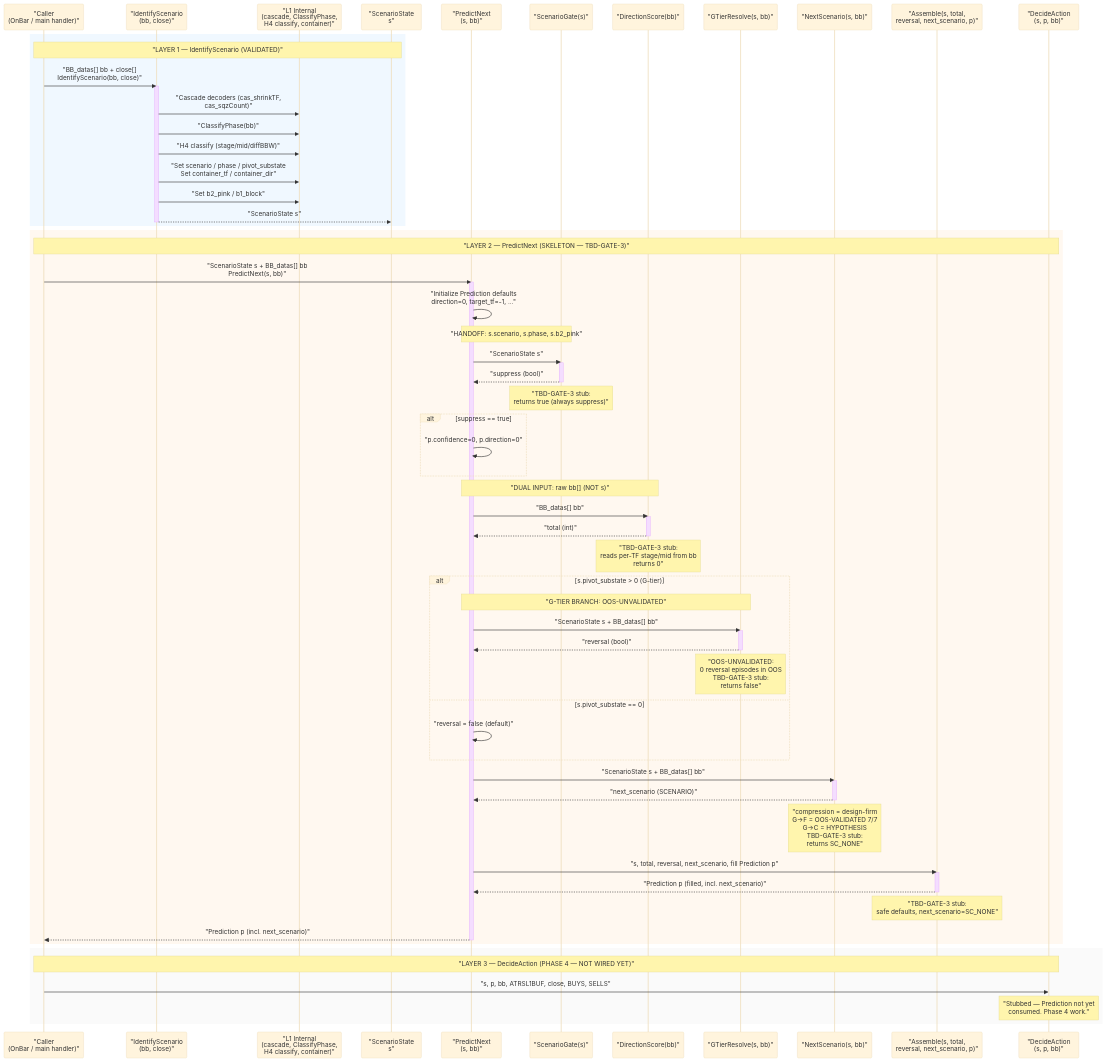
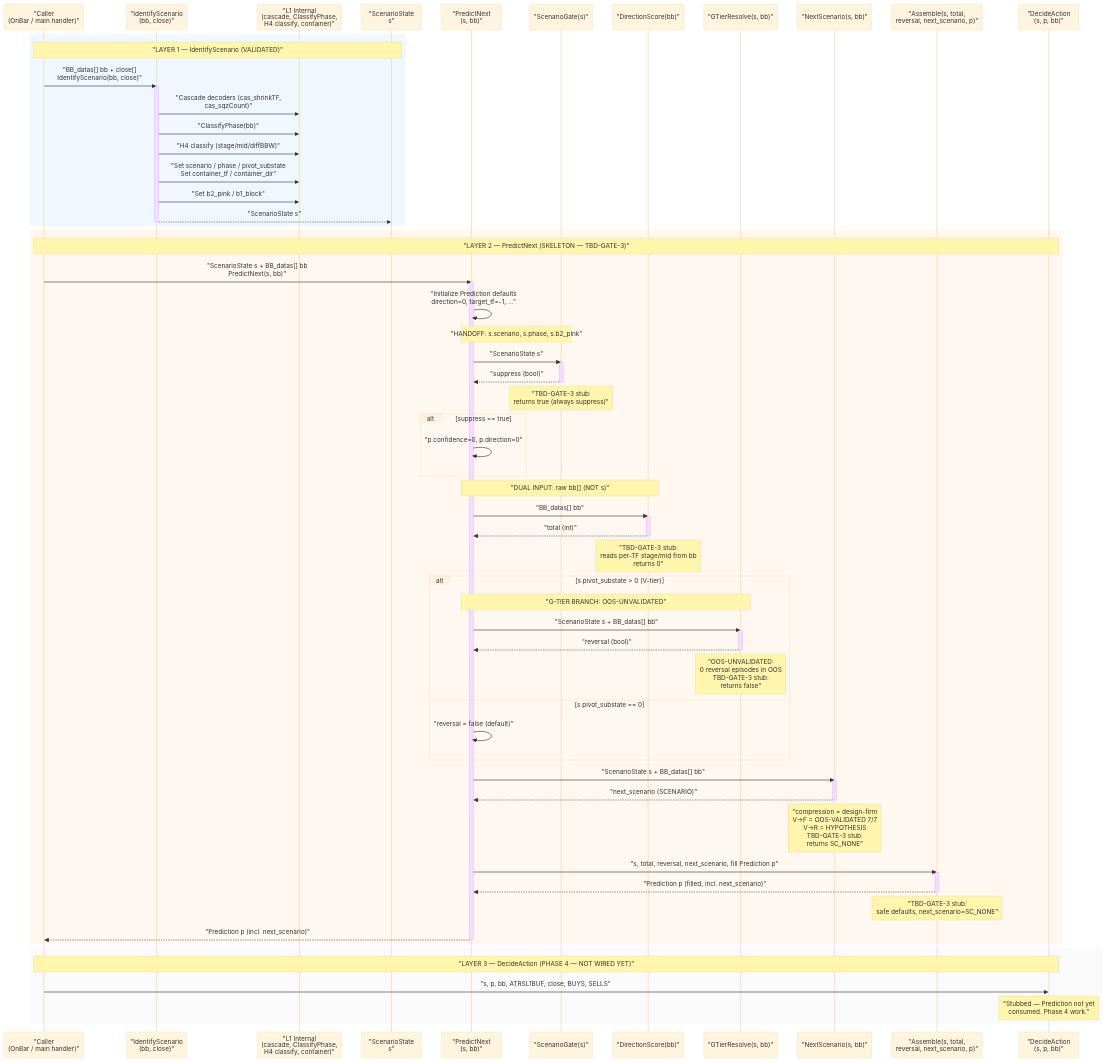
The eighth of 19 diagrams in references/ARCHITECTURE.md (Terrypang89/BB_MTF_M15_STRATEGY), drawn with Mermaid (base theme) before and after one commit. The commit also changed other lines of this file and 12 other files, not shown here.

```diff
--- a/references/ARCHITECTURE.md
+++ b/references/ARCHITECTURE.md
@@ -547,7 +547,7 @@
     deactivate DS
     Note over DS: "TBD-GATE-3 stub:<br/>reads per-TF stage/mid from bb<br/>returns 0"
 
-    alt s.pivot_substate > 0 (G-tier)
+    alt s.pivot_substate > 0 (V-tier)
         Note over PredNext,GTR: "G-TIER BRANCH: OOS-UNVALIDATED"
         PredNext->>GTR: "ScenarioState s + BB_datas[] bb"
         activate GTR
@@ -562,7 +562,7 @@
     activate NS
     NS-->>PredNext: "next_scenario (SCENARIO)"
     deactivate NS
-    Note over NS: "compression = design-firm<br/>G→F = OOS-VALIDATED 7/7<br/>G→C = HYPOTHESIS<br/>TBD-GATE-3 stub:<br/>returns SC_NONE"
+    Note over NS: "compression = design-firm<br/>V→F = OOS-VALIDATED 7/7<br/>V→R = HYPOTHESIS<br/>TBD-GATE-3 stub:<br/>returns SC_NONE"
 
     PredNext->>ASM: "s, total, reversal, next_scenario, fill Prediction p"
     activate ASM
```
